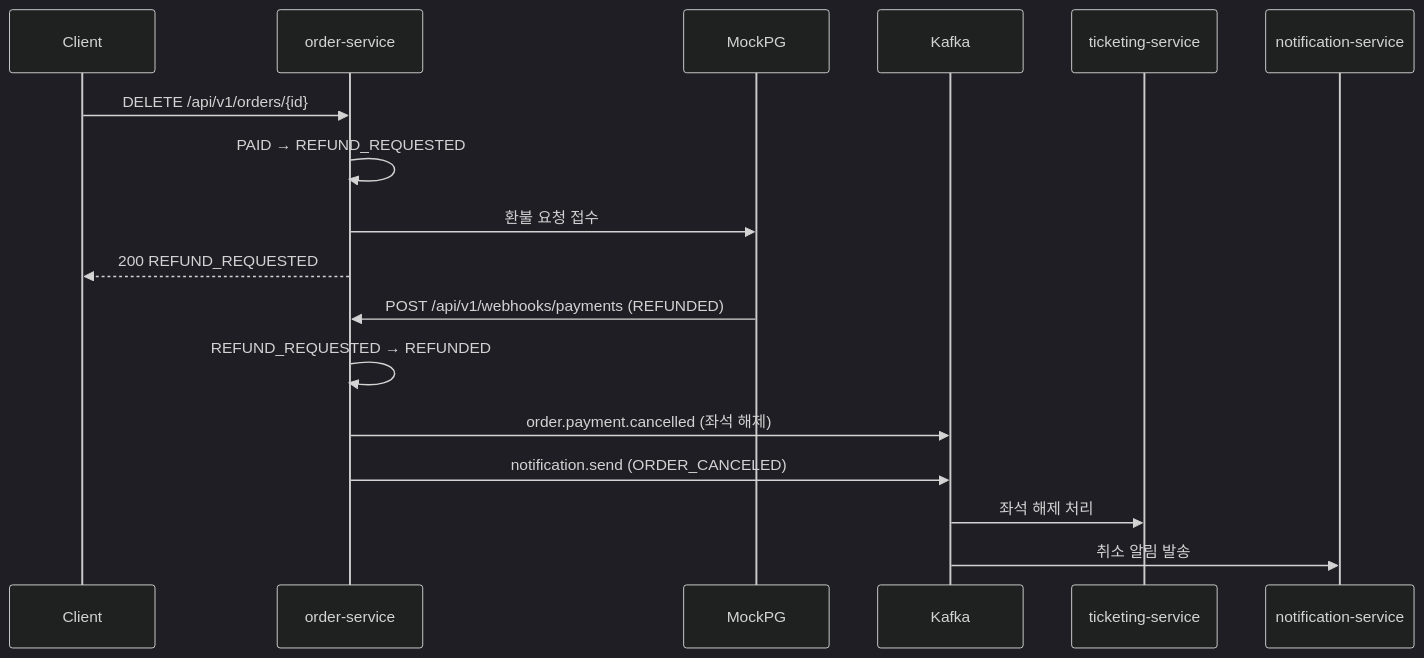
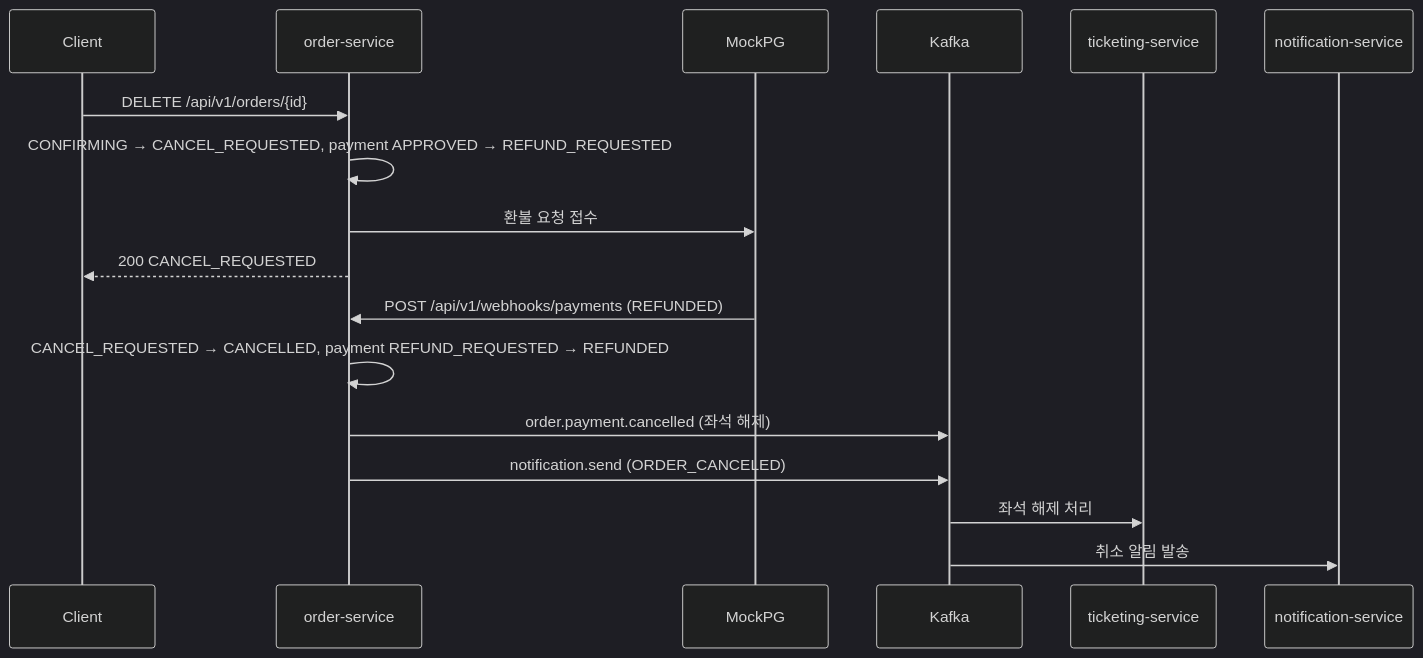
The third of 8 diagrams in docs/order-service/flows.md (6pm-sparta/6pm), drawn with Mermaid (dark theme) before and after one commit. The commit also changed other lines of this file and 12 other files, not shown here.

````diff
--- a/docs/order-service/flows.md
+++ b/docs/order-service/flows.md
@@ -108,21 +117,21 @@
 ```mermaid
 sequenceDiagram
     participant C as Client
     participant O as order-service
     participant PG as MockPG
     participant K as Kafka
     participant T as ticketing-service
     participant N as notification-service
 
     C->>O: DELETE /api/v1/orders/{id}
-    O->>O: PAID → REFUND_REQUESTED
+    O->>O: CONFIRMING → CANCEL_REQUESTED, payment APPROVED → REFUND_REQUESTED
     O->>PG: 환불 요청 접수
-    O-->>C: 200 REFUND_REQUESTED
+    O-->>C: 200 CANCEL_REQUESTED
 
     PG->>O: POST /api/v1/webhooks/payments (REFUNDED)
-    O->>O: REFUND_REQUESTED → REFUNDED
+    O->>O: CANCEL_REQUESTED → CANCELLED, payment REFUND_REQUESTED → REFUNDED
     O->>K: order.payment.cancelled (좌석 해제)
     O->>K: notification.send (ORDER_CANCELED)
     K->>T: 좌석 해제 처리
     K->>N: 취소 알림 발송
 ```
````
